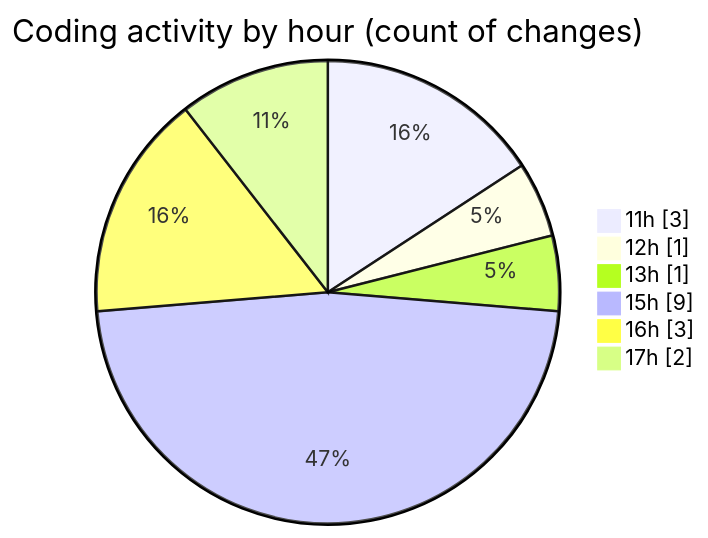
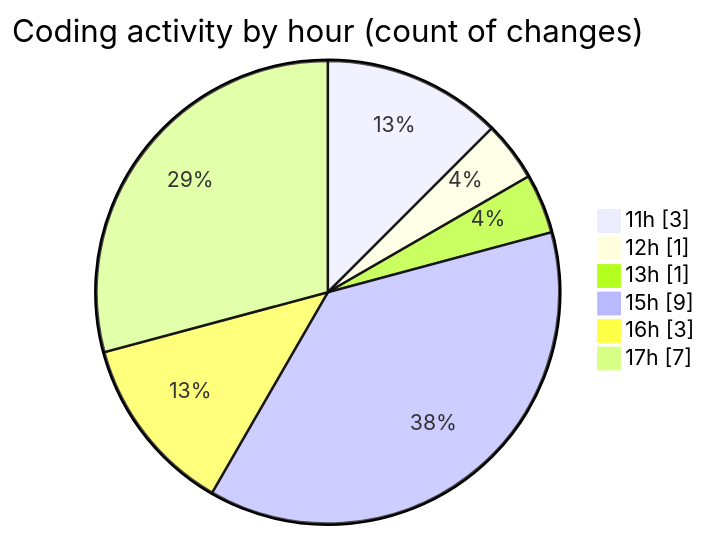
One commit to nxtqubesakshisongat/code-tracking changed the second of 2 diagrams in 2025-12-01/nxtqube_webapp/README.md. Above: the diagram before and after it, drawn with Mermaid. The commit also changed other lines of this file and 1 other file, not shown here.

````diff
--- a/2025-12-01/nxtqube_webapp/README.md
+++ b/2025-12-01/nxtqube_webapp/README.md
@@ -33,10 +34,10 @@
 ```mermaid
 pie showData
 title Coding activity by hour (count of changes)
 "11h" : 3
 "12h" : 1
 "13h" : 1
 "15h" : 9
 "16h" : 3
-"17h" : 2
+"17h" : 7
 ```
````
